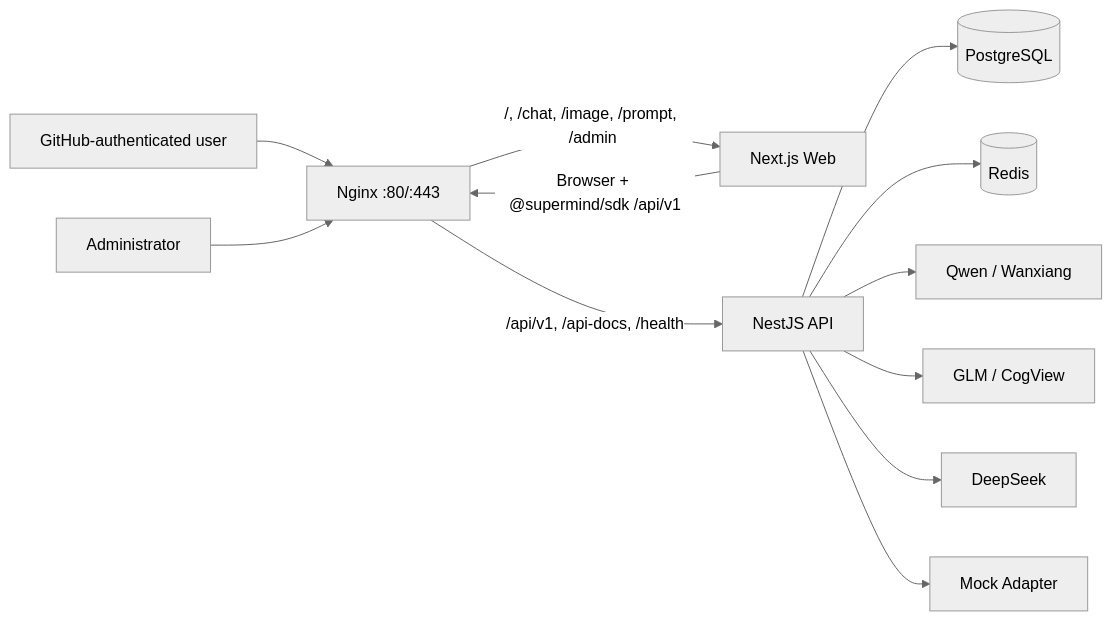
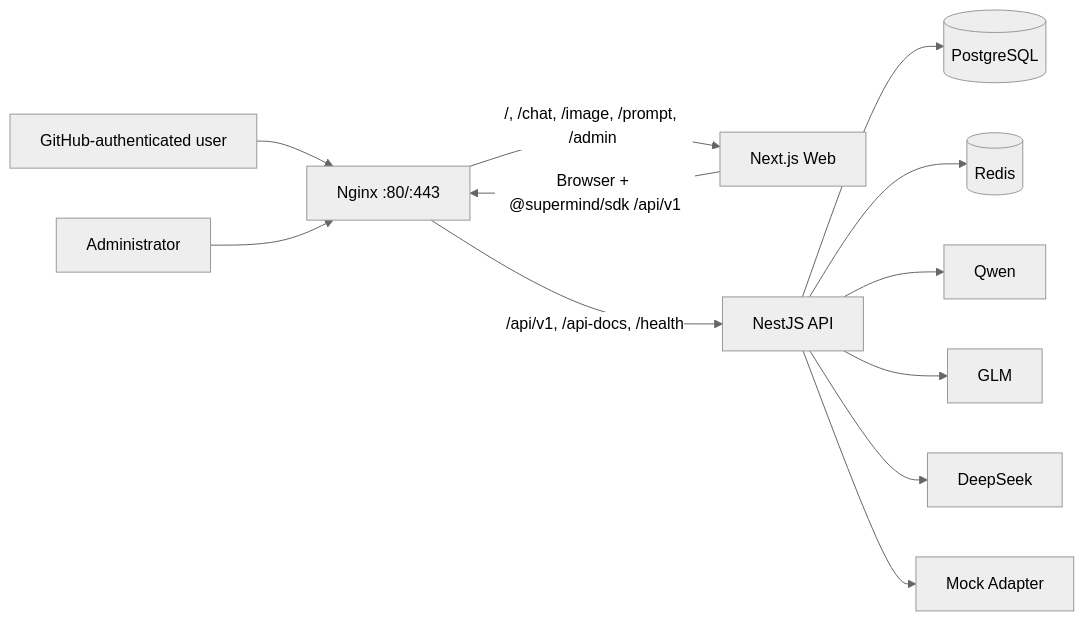
Before and after one commit to wanglsh97/super-mind-studio: the first of 3 diagrams in openspec/changes/build-aigateway-v1/design.md, drawn with Mermaid (neutral theme). The commit also changed other lines of this file and 75 other files, not shown here.

````diff
--- a/openspec/changes/build-aigateway-v1/design.md
+++ b/openspec/changes/build-aigateway-v1/design.md
@@ -38,14 +38,14 @@
 ```mermaid
 flowchart LR
     U["GitHub-authenticated user"] --> N["Nginx :80/:443"]
     M["Administrator"] --> N
     N -->|"/, /chat, /image, /prompt, /admin"| W["Next.js Web"]
     W -->|"Browser + @supermind/sdk /api/v1"| N
     N -->|"/api/v1, /api-docs, /health"| A["NestJS API"]
     A --> P[("PostgreSQL")]
     A --> R[("Redis")]
-    A --> Q["Qwen / Wanxiang"]
-    A --> Z["GLM / CogView"]
+    A --> Q["Qwen"]
+    A --> Z["GLM"]
     A --> D["DeepSeek"]
     A --> K["Mock Adapter"]
 ```
````
